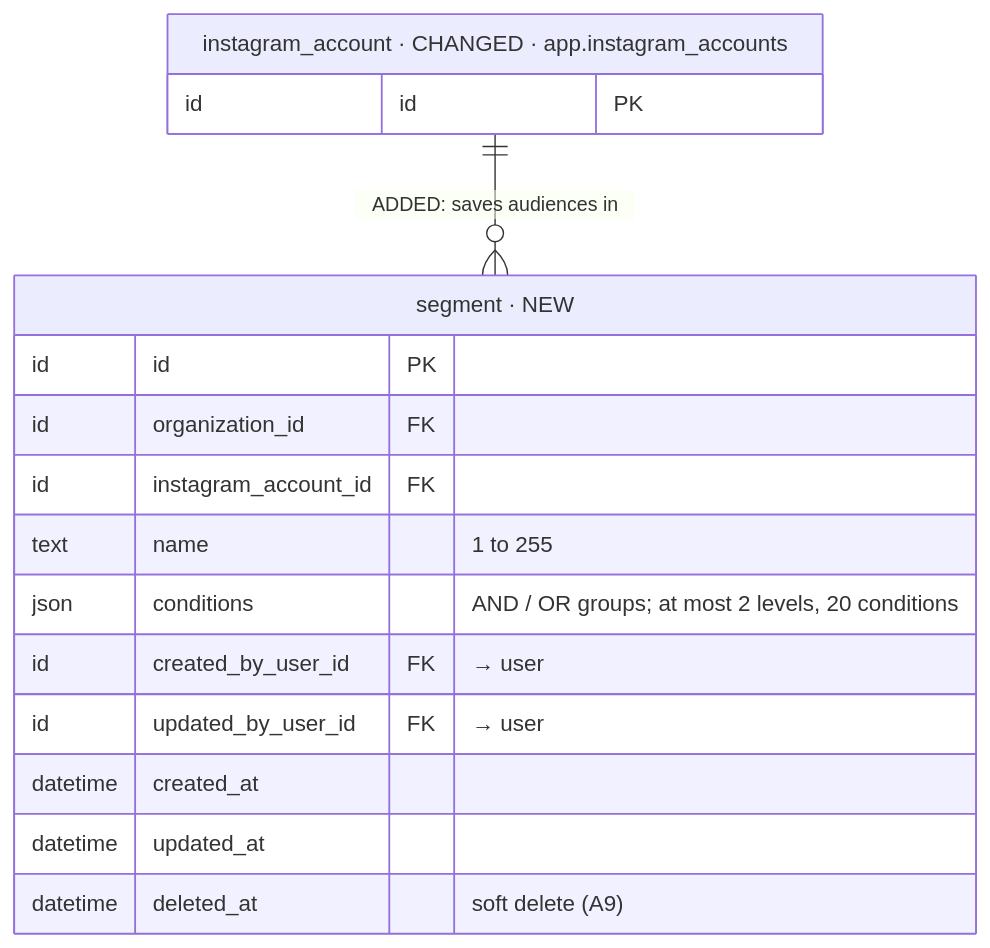
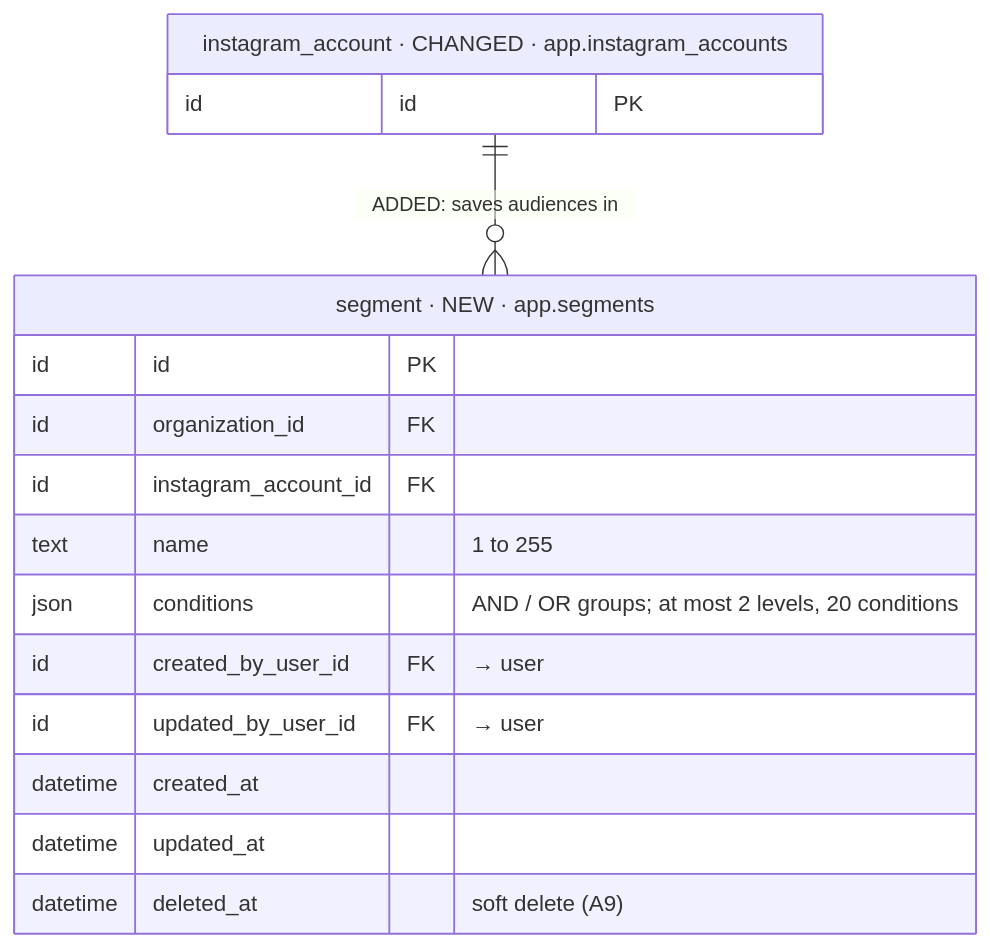
One commit to albetrios/meepzo-be changed diagram 19 of 39 in iterations/feat-instagram-dm-sending-2026-11-23-oxak/plans/db-changes.md. Above: the diagram before and after it, drawn with Mermaid. The commit also changed other lines of this file and 3 other files, not shown here.

````diff
--- a/iterations/feat-instagram-dm-sending-2026-11-23-oxak/plans/db-changes.md
+++ b/iterations/feat-instagram-dm-sending-2026-11-23-oxak/plans/db-changes.md
@@ -918,19 +889,19 @@
 ```mermaid
 erDiagram
-  segment["segment · NEW"] {
+  segment["segment · NEW · app.segments"] {
     id id PK
     id organization_id FK
     id instagram_account_id FK
     text name "1 to 255"
     json conditions "AND / OR groups; at most 2 levels, 20 conditions"
     id created_by_user_id FK "→ user"
     id updated_by_user_id FK "→ user"
     datetime created_at
     datetime updated_at
     datetime deleted_at "soft delete (A9)"
   }
   instagram_account["instagram_account · CHANGED · app.instagram_accounts"] {
     id id PK
   }
   instagram_account ||--o{ segment : "ADDED: saves audiences in"
 ```
````
